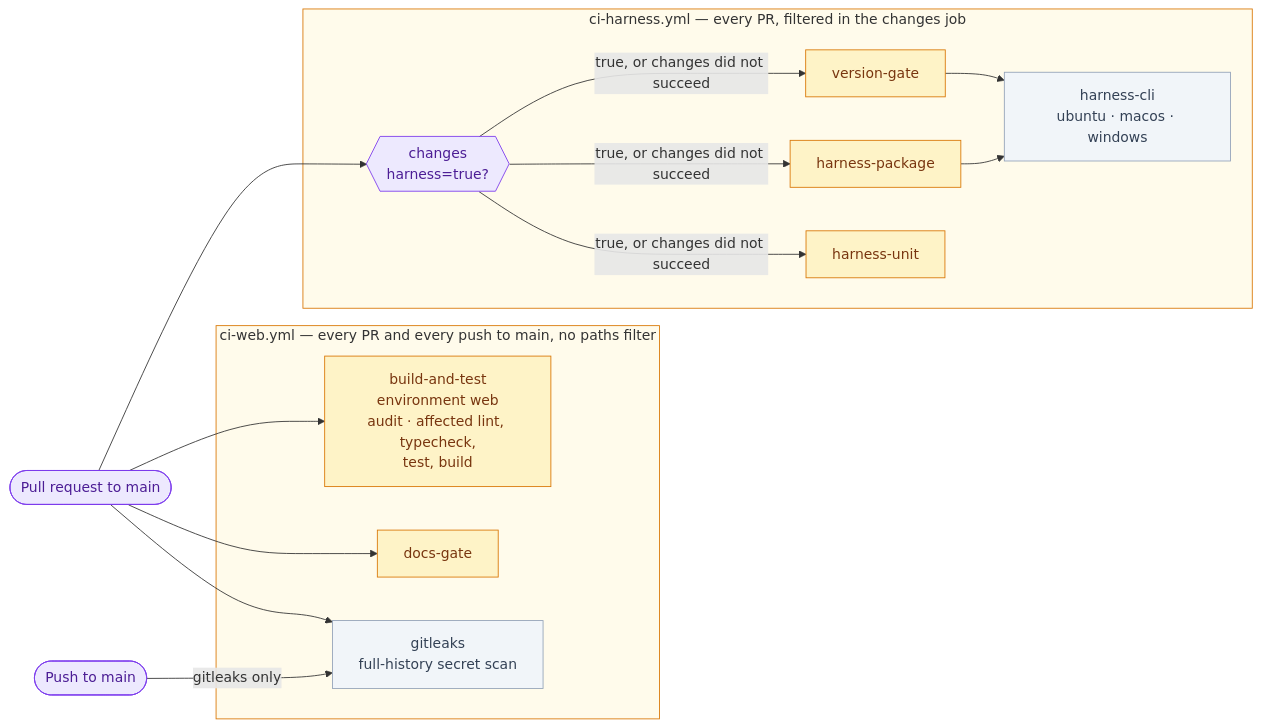
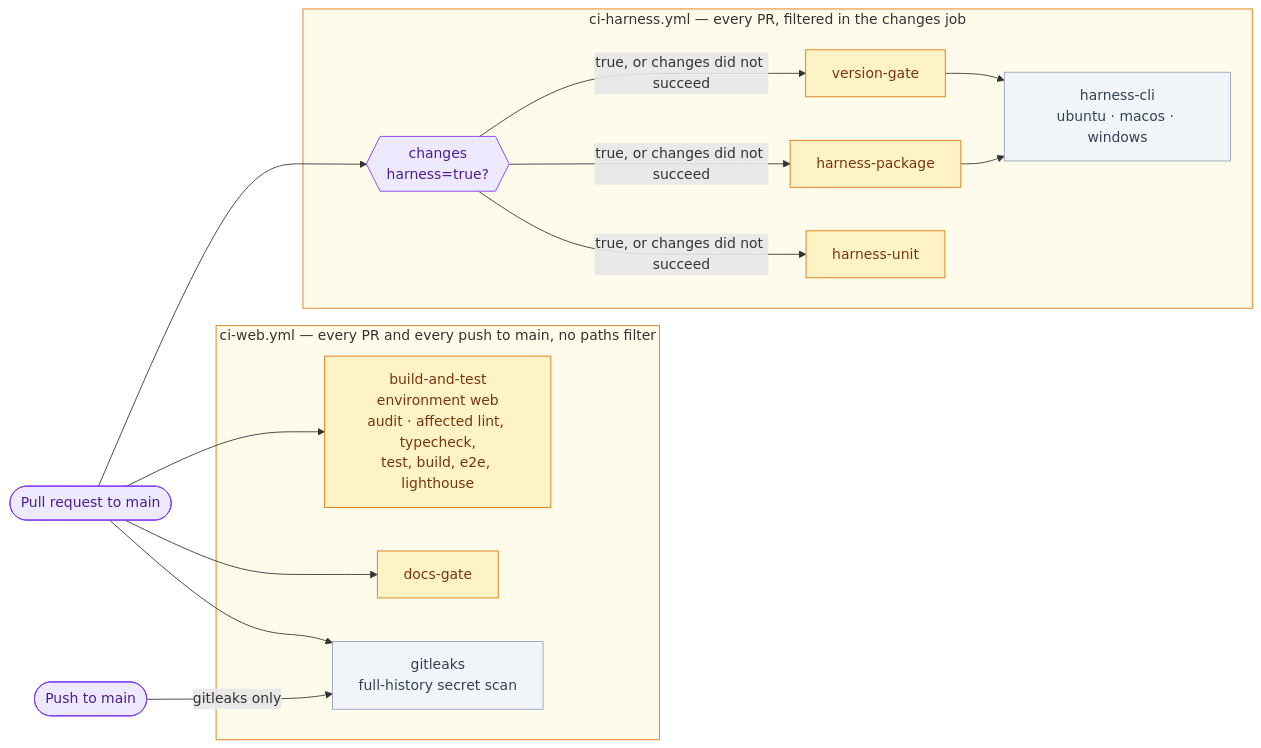
Before and after one commit to DataArt/artisyn-implementation-harness: the second of 2 diagrams in docs/Engineering Guide/09 CI-CD.md, drawn with Mermaid. The commit also changed other lines of this file and 203 other files, not shown here.

````diff
--- a/docs/Engineering Guide/09 CI-CD.md
+++ b/docs/Engineering Guide/09 CI-CD.md
@@ -93,30 +96,30 @@
 ```mermaid
 flowchart LR
     PR(["Pull request to main"]):::trigger
     PUSH(["Push to main"]):::trigger
 
     subgraph WEB ["  ci-web.yml — every PR and every push to main, no paths filter  "]
-        BT["build-and-test\nenvironment web\naudit · affected lint, typecheck,\ntest, build"]:::gate
+        BT["build-and-test\nenvironment web\naudit · affected lint, typecheck,\ntest, build, e2e, lighthouse"]:::gate
         DG["docs-gate"]:::gate
         GL["gitleaks\nfull-history secret scan"]:::advisory
     end
     subgraph HAR ["  ci-harness.yml — every PR, filtered in the changes job  "]
         CH{{"changes\nharness=true?"}}:::trigger
         VG["version-gate"]:::gate
         HP["harness-package"]:::gate
         HU["harness-unit"]:::gate
         HC["harness-cli\nubuntu · macos · windows"]:::advisory
     end
 
     PR --> BT & DG & GL
     PUSH -->|"gitleaks only"| GL
     PR --> CH
     CH -->|"true, or changes did not succeed"| VG & HP & HU
     VG & HP --> HC
 
     classDef trigger fill:#EDE9FE,stroke:#7C3AED,color:#4c1d95
     classDef gate fill:#FEF3C7,stroke:#D97706,color:#78350f
     classDef advisory fill:#F1F5F9,stroke:#94A3B8,color:#334155
     style WEB fill:#FFFBEB,stroke:#D97706
     style HAR fill:#FFFBEB,stroke:#D97706
 ```
````
